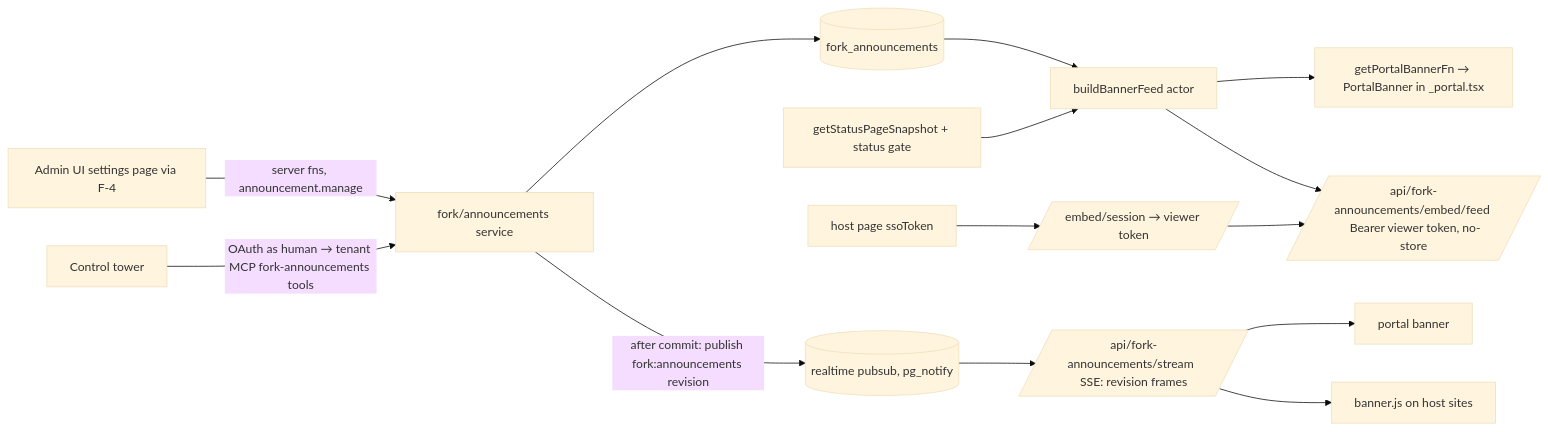
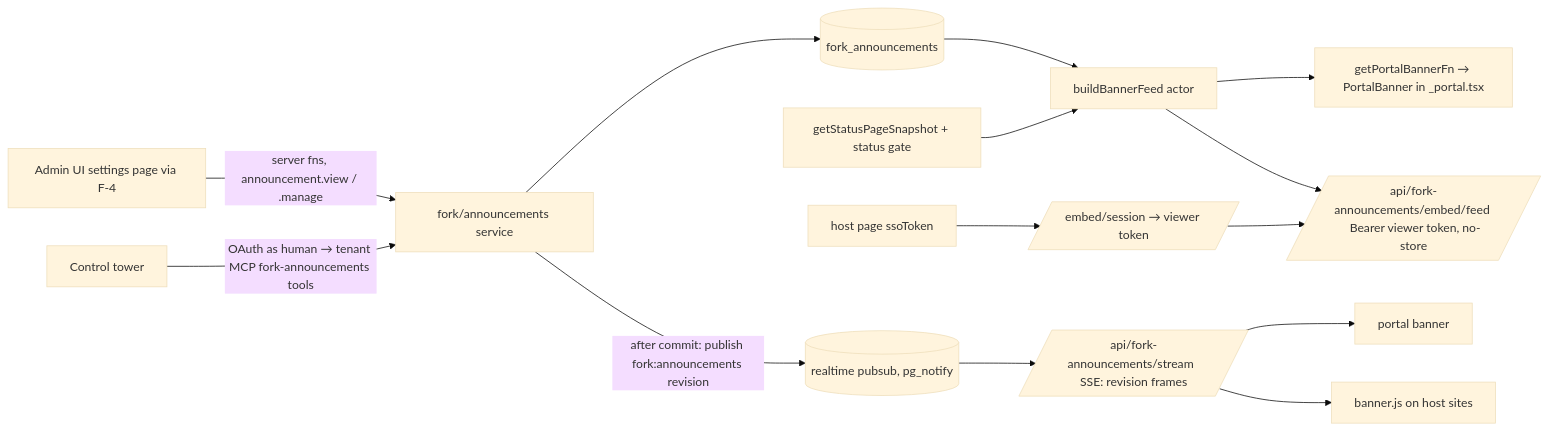
The diagram in plans/v2/60-announcements-banner.md (QuackbackIO/quackback), drawn with Mermaid (base theme) before and after one commit. The commit also changed other lines of this file and 11 other files, not shown here.

````diff
--- a/plans/v2/60-announcements-banner.md
+++ b/plans/v2/60-announcements-banner.md
@@ -72,14 +85,14 @@
 ```mermaid
 flowchart LR
-  AD[Admin UI settings page via F-4] -->|server fns, announcement.manage| SVC
+  AD[Admin UI settings page via F-4] -->|server fns, announcement.view / .manage| SVC
   TW[Control tower] -->|OAuth as human → tenant MCP fork-announcements tools| SVC
   SVC[fork/announcements service] --> T[(fork_announcements)]
   SVC -->|after commit: publish fork:announcements revision| PS[(realtime pubsub, pg_notify)]
   T --> FEED[buildBannerFeed actor]
   ST[getStatusPageSnapshot + status gate] --> FEED
   FEED --> PF[getPortalBannerFn → PortalBanner in _portal.tsx]
   FEED --> EF[/api/fork-announcements/embed/feed  Bearer viewer token, no-store/]
   PS --> SS[/api/fork-announcements/stream  SSE: revision frames/]
   SS --> PB[portal banner] & BJ[banner.js on host sites]
   HOST[host page ssoToken] --> SX[/embed/session → viewer token/] --> EF
 ```
````
